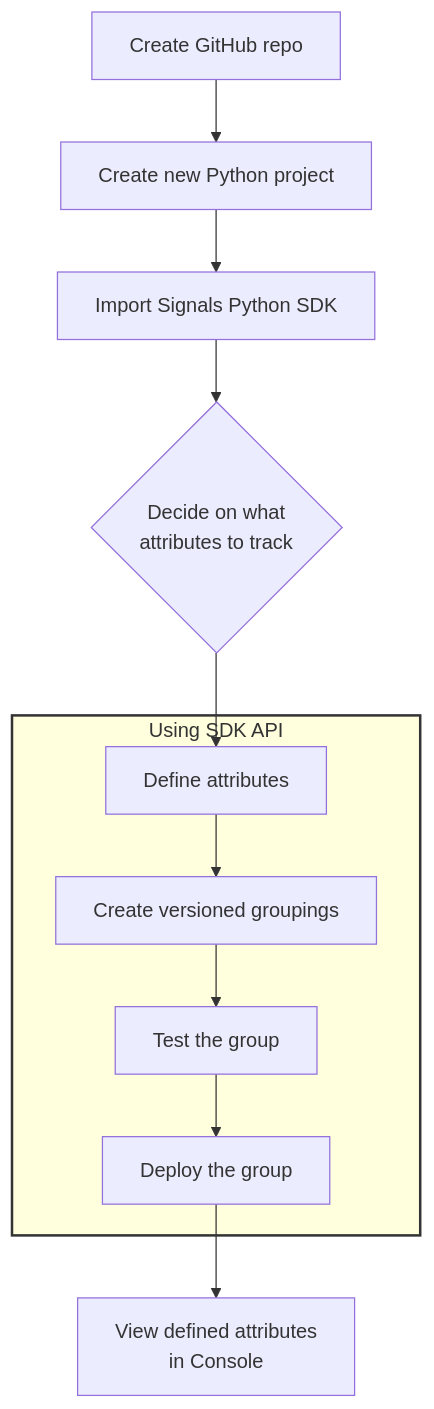
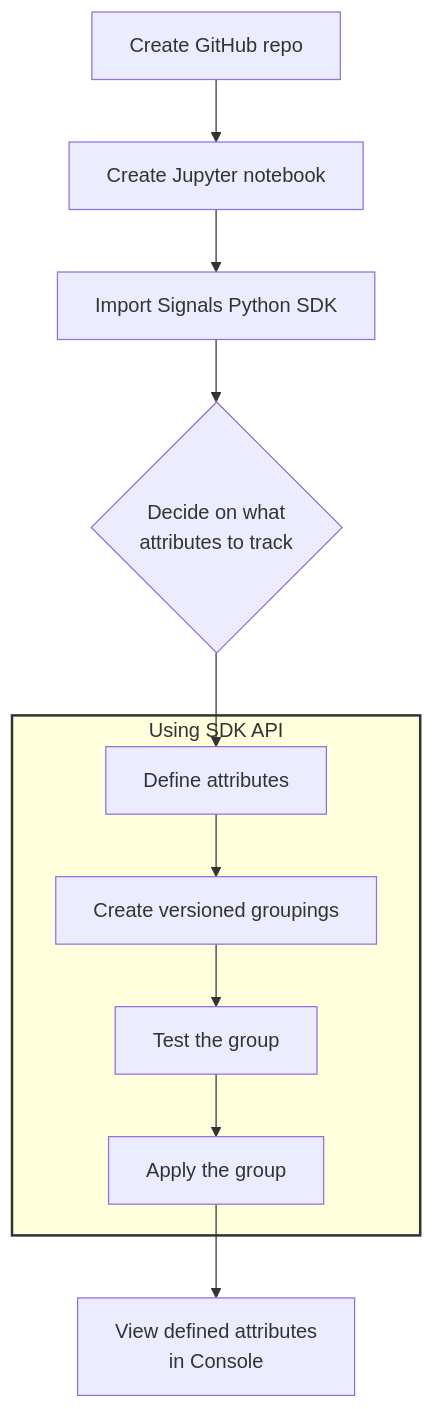
The first of 2 diagrams in docs/signals/index.md (snowplow/documentation), drawn with Mermaid before and after one commit. The commit also changed other lines of this file and 2 other files, not shown here.

````diff
--- a/docs/signals/index.md
+++ b/docs/signals/index.md
@@ -53,18 +63,18 @@
 ```mermaid
 flowchart TD
-    A[Create GitHub repo] --> B[Create new Python project]
+    A[Create GitHub repo] --> B[Create Jupyter notebook]
     B --> C[Import Signals Python SDK]
     C --> D{Decide on what<br/>attributes to track}
 
     D --> E[Define attributes]
 
     subgraph SDK[Using SDK API]
         E --> F[Create versioned groupings]
         F --> G[Test the group]
-        G --> H[Deploy the group]
+        G --> H[Apply the group]
     end
 
     H --> I[View defined attributes<br/>in Console]
 
     style SDK stroke:#333,stroke-width:2px
 ```
````
